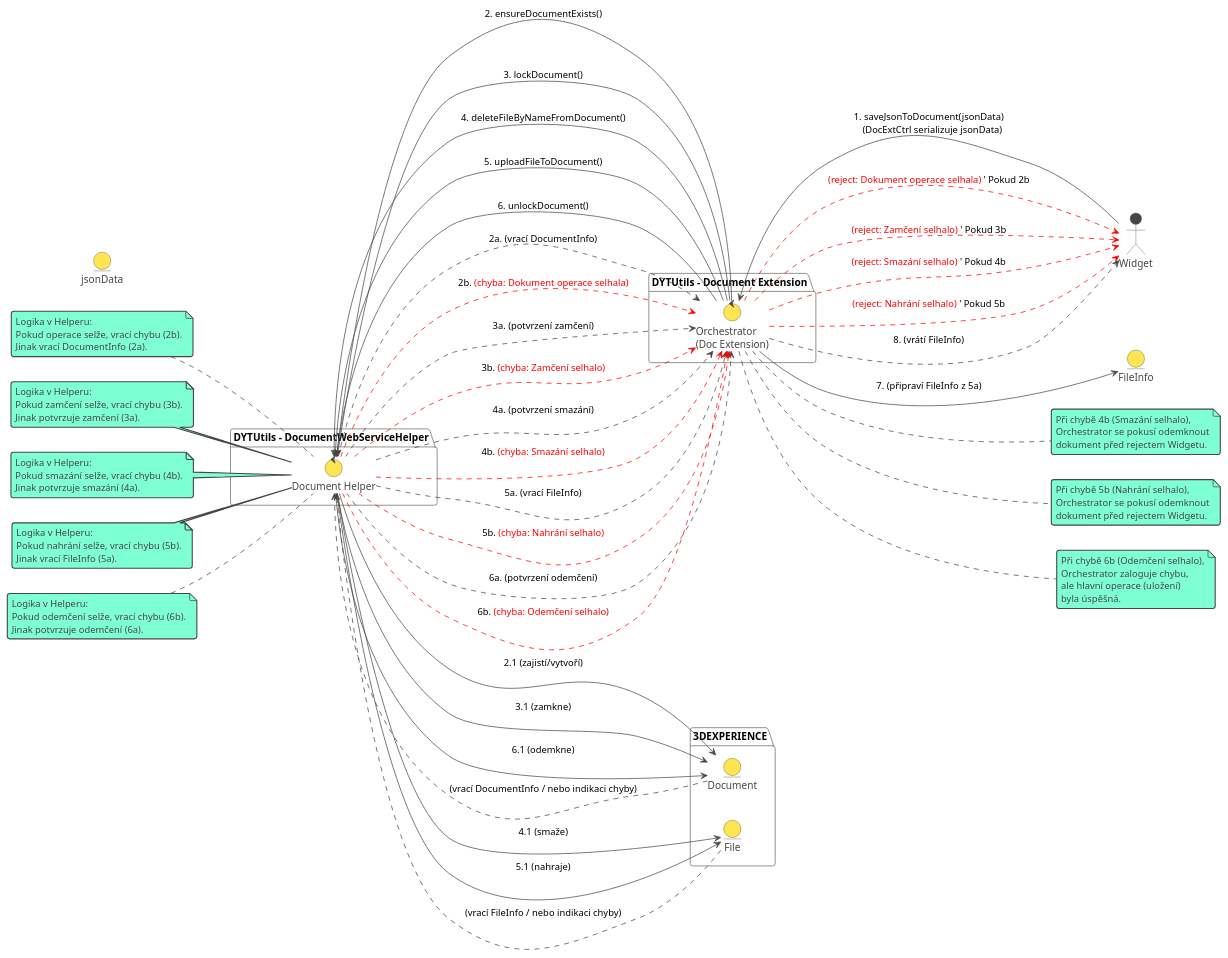
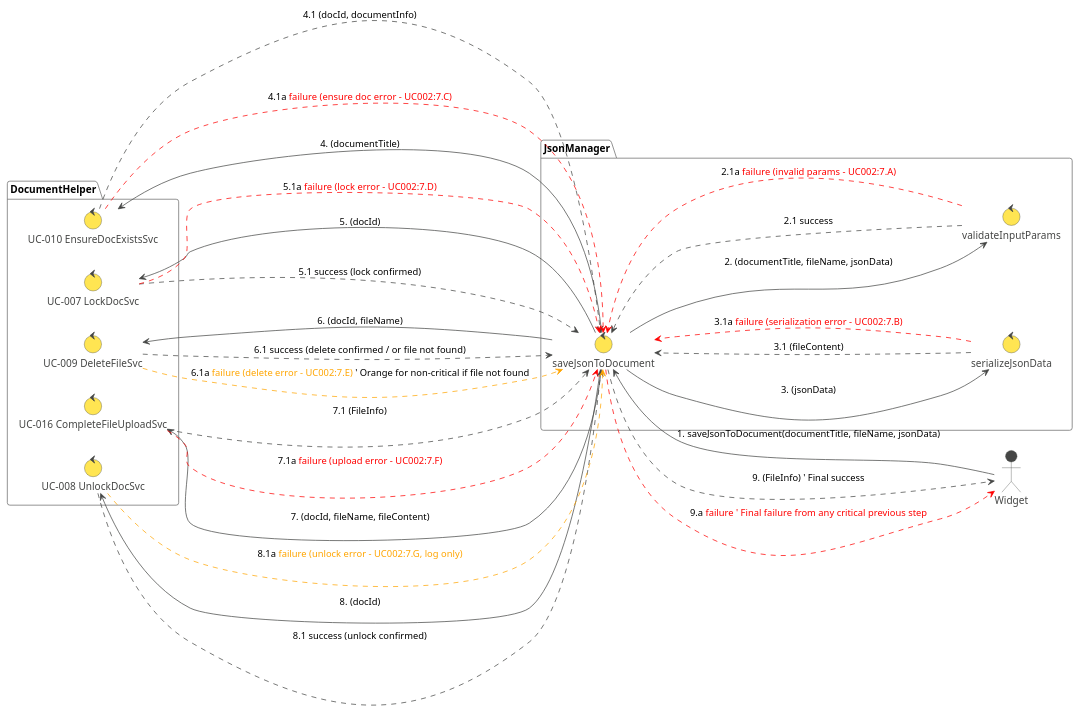
One commit to rkonvicny/DYTUtils changed the diagram in Docs/04-robustness/RD-002_Save_JSON_Data.plantuml. Above: the diagram before and after it, drawn with PlantUML. The commit also changed 59 other files, not shown here.

```diff
--- a/Docs/04-robustness/RD-002_Save_JSON_Data.plantuml
+++ b/Docs/04-robustness/RD-002_Save_JSON_Data.plantuml
@@ -1,114 +1,79 @@
-@startuml RD-002_Save_JSON_Data_vFinal
+@startuml RD-002_Save_JSON_Data
 !theme vibrant
 left to right direction
-' skinparam linetype polyline
 ' skinparam linetype ortho
+
 actor Widget
 
-package "DYTUtils - Document Extension" {
-  control "Orchestrator\n(Doc Extension)" as DocExtCtrl
+package "DocumentHelper" as DocumentHelperModule {
+    control "UC-010 EnsureDocExistsSvc" as UC010_EnsureDocExistsSvc
+    control "UC-007 LockDocSvc" as UC007_LockDocSvc
+    control "UC-009 DeleteFileSvc" as UC009_DeleteFileSvc
+    control "UC-016 CompleteFileUploadSvc" as UC016_CompleteFileUploadSvc
+    control "UC-008 UnlockDocSvc" as UC008_UnlockDocSvc
 }
 
-package "DYTUtils - DocumentWebServiceHelper" {
-  control "Document Helper" as DocHelperCtrl
+package "JsonManager" as JsonManagerModule {
+    control "saveJsonToDocument" as saveJsonToDocumentCtrl
+    control "validateInputParams" as validateInputParamsCtrl
+    control "serializeJsonData" as serializeJsonDataCtrl
 }
 
-package "3DEXPERIENCE" {
-  entity Document
-  entity File
-}
+' Entities (can be added if needed for clarity)
+' entity "jsonData" as jsonDataEntity
+' entity "documentTitle" as documentTitleEntity
+' entity "fileName" as fileNameEntity
+' entity "docId" as docIdEntity
+' entity "documentInfo" as documentInfoEntity
+' entity "fileContent" as fileContentEntity
+' entity "FileInfo" as fileInfoEntity
 
-' Input data
-entity jsonData 
-' Output data
-entity FileInfo 
+Widget --> saveJsonToDocumentCtrl : 1. saveJsonToDocument(documentTitle, fileName, jsonData)
 
-Widget --> DocExtCtrl : 1. saveJsonToDocument(jsonData)\n   (DocExtCtrl serializuje jsonData)
+' UC-002 Step 2: Validate input params
+saveJsonToDocumentCtrl --> validateInputParamsCtrl: 2. (documentTitle, fileName, jsonData)
+validateInputParamsCtrl ..> saveJsonToDocumentCtrl : 2.1 success
+validateInputParamsCtrl .[#red].> saveJsonToDocumentCtrl : 2.1a <color:red>failure (invalid params - UC002:7.A)</color>
 
-' Step 2: Ensure Document Exists
-DocExtCtrl --> DocHelperCtrl : 2. ensureDocumentExists()
-DocHelperCtrl --> Document : 2.1 (zajistí/vytvoří)
-Document ..> DocHelperCtrl : (vrací DocumentInfo / nebo indikaci chyby)
-note left of DocHelperCtrl
-  Logika v Helperu:
-  Pokud operace selže, vrací chybu (2b).
-  Jinak vrací DocumentInfo (2a).
-end note
-DocHelperCtrl ..> DocExtCtrl : 2a. (vrací DocumentInfo)
-DocHelperCtrl .[#red].> DocExtCtrl : 2b. <color:red>(chyba: Dokument operace selhala)</color>
-' Orchestrator handles error
-DocExtCtrl .[#red].> Widget : <color:red>(reject: Dokument operace selhala)</color> ' Pokud 2b
+' UC-002 Step 4: Ensure document exists (UC-010)
+' This happens if validateInputParamsCtrl (step 2) was successful.
+saveJsonToDocumentCtrl --> UC010_EnsureDocExistsSvc : 4. (documentTitle)
+UC010_EnsureDocExistsSvc ..> saveJsonToDocumentCtrl : 4.1 (docId, documentInfo)
+UC010_EnsureDocExistsSvc .[#red].> saveJsonToDocumentCtrl : 4.1a <color:red>failure (ensure doc error - UC002:7.C)</color>
 
-' Step 3: Lock Document (pokud 2a úspěch)
-DocExtCtrl --> DocHelperCtrl : 3. lockDocument()
-DocHelperCtrl --> Document : 3.1 (zamkne)
-note left of DocHelperCtrl
-  Logika v Helperu:
-  Pokud zamčení selže, vrací chybu (3b).
-  Jinak potvrzuje zamčení (3a).
-end note
-DocHelperCtrl ..> DocExtCtrl : 3a. (potvrzení zamčení)
-DocHelperCtrl .[#red].> DocExtCtrl : 3b. <color:red>(chyba: Zamčení selhalo)</color>
-' Orchestrator handles error
-DocExtCtrl .[#red].> Widget : <color:red>(reject: Zamčení selhalo)</color> ' Pokud 3b
+' UC-002 Step 5: Lock document (UC-007)
+' This happens if step 4 was successful.
+saveJsonToDocumentCtrl --> UC007_LockDocSvc : 5. (docId)
+UC007_LockDocSvc ..> saveJsonToDocumentCtrl : 5.1 success (lock confirmed)
+UC007_LockDocSvc .[#red].> saveJsonToDocumentCtrl : 5.1a <color:red>failure (lock error - UC002:7.D)</color>
 
-' Step 4: Delete Existing File (pokud 3a úspěch)
-DocExtCtrl --> DocHelperCtrl : 4. deleteFileByNameFromDocument()
-DocHelperCtrl --> File : 4.1 (smaže)
-note left of DocHelperCtrl
-  Logika v Helperu:
-  Pokud smazání selže, vrací chybu (4b).
-  Jinak potvrzuje smazání (4a).
-end note
-DocHelperCtrl ..> DocExtCtrl : 4a. (potvrzení smazání)
-DocHelperCtrl .[#red].> DocExtCtrl : 4b. <color:red>(chyba: Smazání selhalo)</color>
-' Orchestrator handles error
-note right of DocExtCtrl
-  Při chybě 4b (Smazání selhalo),
-  Orchestrator se pokusí odemknout
-  dokument před rejectem Widgetu.
-end note
-DocExtCtrl .[#red].> Widget : <color:red>(reject: Smazání selhalo)</color> ' Pokud 4b
+' UC-002 Step 6: Delete existing file (UC-009)
+' This happens if step 5 was successful.
+saveJsonToDocumentCtrl --> UC009_DeleteFileSvc : 6. (docId, fileName)
+UC009_DeleteFileSvc ..> saveJsonToDocumentCtrl : 6.1 success (delete confirmed / or file not found)
+UC009_DeleteFileSvc .[#orange].> saveJsonToDocumentCtrl : 6.1a <color:orange>failure (delete error - UC002:7.E)</color> ' Orange for non-critical if file not found
 
-' Step 5: Upload New File (pokud 4a úspěch)
-DocExtCtrl --> DocHelperCtrl : 5. uploadFileToDocument()
-DocHelperCtrl --> File : 5.1 (nahraje)
-File ..> DocHelperCtrl : (vrací FileInfo / nebo indikaci chyby)
-note left of DocHelperCtrl
-  Logika v Helperu:
-  Pokud nahrání selže, vrací chybu (5b).
-  Jinak vrací FileInfo (5a).
-end note
-DocHelperCtrl ..> DocExtCtrl : 5a. (vrací FileInfo)
-DocHelperCtrl .[#red].> DocExtCtrl : 5b. <color:red>(chyba: Nahrání selhalo)</color>
-' Orchestrator handles error
-note right of DocExtCtrl
-  Při chybě 5b (Nahrání selhalo),
-  Orchestrator se pokusí odemknout
-  dokument před rejectem Widgetu.
-end note
-DocExtCtrl .[#red].> Widget : <color:red>(reject: Nahrání selhalo)</color> ' Pokud 5b
+' UC-002 Step 3: Serialize jsonData
+' This happens if step 6 was successful (or file not found was ok).
+saveJsonToDocumentCtrl --> serializeJsonDataCtrl : 3. (jsonData)
+serializeJsonDataCtrl ..> saveJsonToDocumentCtrl : 3.1 (fileContent)
+serializeJsonDataCtrl .[#red].> saveJsonToDocumentCtrl : 3.1a <color:red>failure (serialization error - UC002:7.B)</color>
 
-' Step 6: Unlock Document (pokud 5a úspěch)
-DocExtCtrl --> DocHelperCtrl : 6. unlockDocument()
-DocHelperCtrl --> Document : 6.1 (odemkne)
-note left of DocHelperCtrl
-  Logika v Helperu:
-  Pokud odemčení selže, vrací chybu (6b).
-  Jinak potvrzuje odemčení (6a).
-end note
-DocHelperCtrl ..> DocExtCtrl : 6a. (potvrzení odemčení)
-DocHelperCtrl .[#red].> DocExtCtrl : 6b. <color:red>(chyba: Odemčení selhalo)</color>
-' Orchestrator handles unlock error
-note right of DocExtCtrl
-  Při chybě 6b (Odemčení selhalo),
-  Orchestrator zaloguje chybu,
-  ale hlavní operace (uložení)
-  byla úspěšná.
-end note
+' UC-002 Step 7: Upload file (UC-016)
+' This happens if step 3 (serialization) was successful.
+saveJsonToDocumentCtrl --> UC016_CompleteFileUploadSvc : 7. (docId, fileName, fileContent)
+UC016_CompleteFileUploadSvc ..> saveJsonToDocumentCtrl : 7.1 (FileInfo)
+UC016_CompleteFileUploadSvc .[#red].> saveJsonToDocumentCtrl : 7.1a <color:red>failure (upload error - UC002:7.F)</color>
 
-' Step 7: Return FileInfo to Widget (pokud 5a úspěch)
-DocExtCtrl --> FileInfo : 7. (připraví FileInfo z 5a)
-DocExtCtrl ..> Widget : 8. (vrátí FileInfo)
+' UC-002 Step 8: Unlock document (UC-008)
+' This happens if step 7 was successful (or even if it failed, as a cleanup).
+' The "best-effort" unlock logic is handled by saveJsonToDocumentCtrl.
+saveJsonToDocumentCtrl --> UC008_UnlockDocSvc : 8. (docId)
+UC008_UnlockDocSvc ..> saveJsonToDocumentCtrl : 8.1 success (unlock confirmed)
+UC008_UnlockDocSvc .[#orange].> saveJsonToDocumentCtrl : 8.1a <color:orange>failure (unlock error - UC002:7.G, log only)</color>
+
+' UC-002 Step 9: Return result to Widget
+saveJsonToDocumentCtrl ..> Widget : 9. (FileInfo) ' Final success
+saveJsonToDocumentCtrl .[#red].> Widget : 9.a <color:red>failure ' Final failure from any critical previous step</color>
 
 @enduml
```
